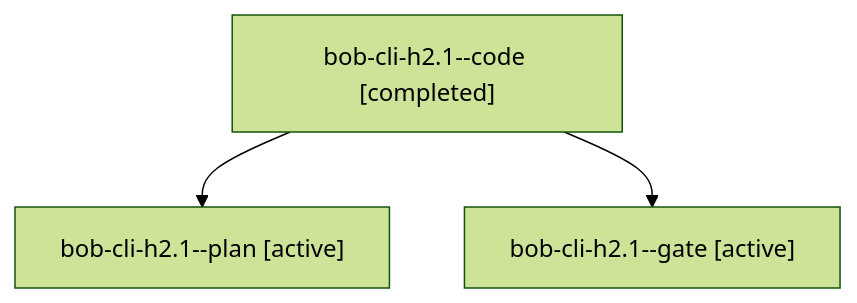
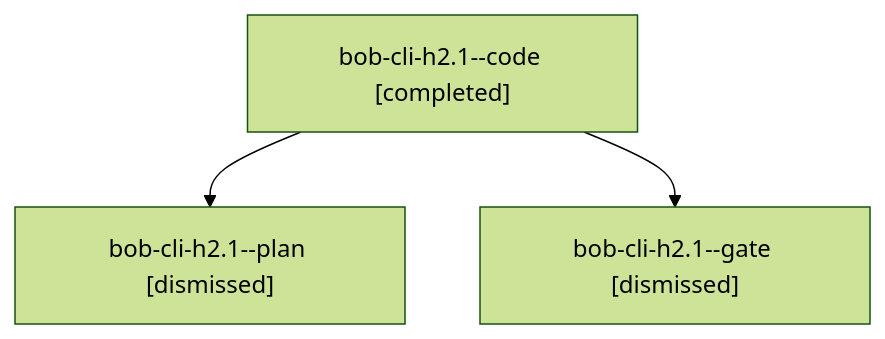
The diagram in sessions/bbugyi200.apollo.bob-cli-h2.1.md (bobs-org/bob-cli--agents), drawn with Mermaid (forest theme) before and after one commit. The commit also changed other lines of this file and 222 other files, not shown here.

````diff
--- a/sessions/bbugyi200.apollo.bob-cli-h2.1.md
+++ b/sessions/bbugyi200.apollo.bob-cli-h2.1.md
@@ -9,8 +9,8 @@
 ```mermaid
 flowchart TD
   n0["bob-cli-h2.1--code [completed]"]
-  n1["bob-cli-h2.1--plan [active]"]
+  n1["bob-cli-h2.1--plan [dismissed]"]
   n0 --> n1
-  n2["bob-cli-h2.1--gate [active]"]
+  n2["bob-cli-h2.1--gate [dismissed]"]
   n0 --> n2
 ```
````
